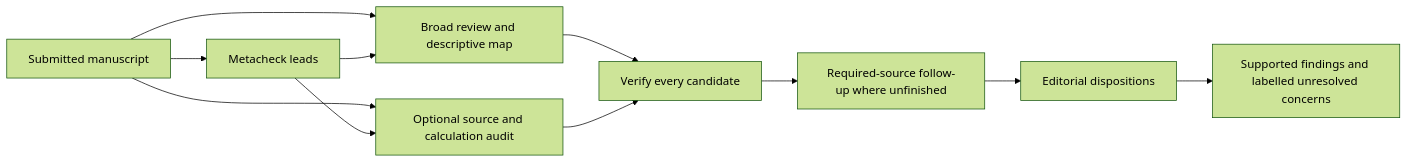
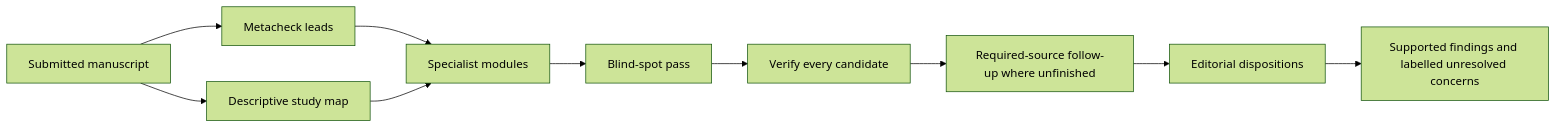
One commit to LukasWallrich/reviscope changed the diagram in docs/PIPELINE_VALIDATION_PLAN.md. Above: the diagram before and after it, drawn with Mermaid (forest theme). The commit also changed other lines of this file and 16 other files, not shown here.

First line of the commit message:
Make specialist modules the only review strategy

````diff
--- a/docs/PIPELINE_VALIDATION_PLAN.md
+++ b/docs/PIPELINE_VALIDATION_PLAN.md
@@ -25,13 +27,12 @@
 ```mermaid
 flowchart LR
   I[Submitted manuscript] --> M[Metacheck leads]
-  I --> B[Broad review and descriptive map]
-  M --> B
-  I --> A[Optional source and calculation audit]
-  M --> A
-  B --> V[Verify every candidate]
-  A --> V
+  I --> S0[Descriptive study map]
+  M --> D[Specialist modules]
+  S0 --> D
+  D --> BS[Blind-spot pass]
+  BS --> V[Verify every candidate]
   V --> S[Required-source follow-up where unfinished]
   S --> E[Editorial dispositions]
   E --> R[Supported findings and labelled unresolved concerns]
 ```
````
